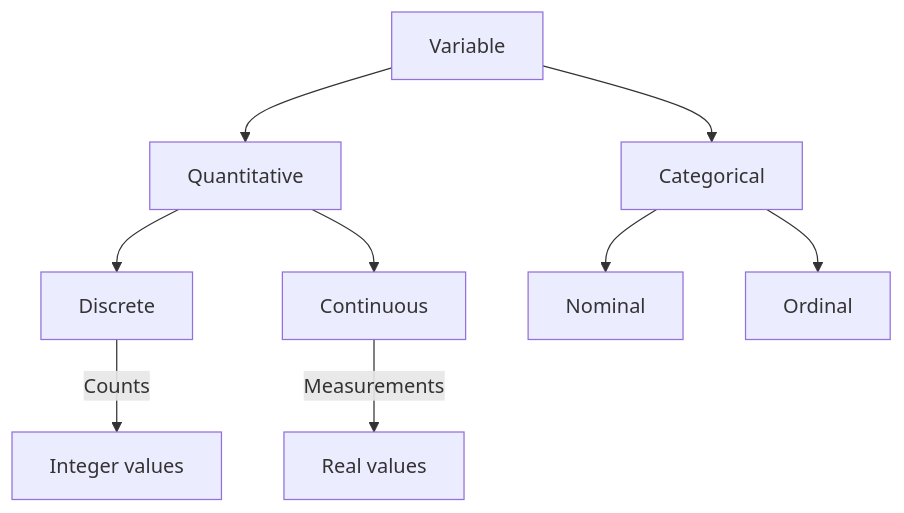
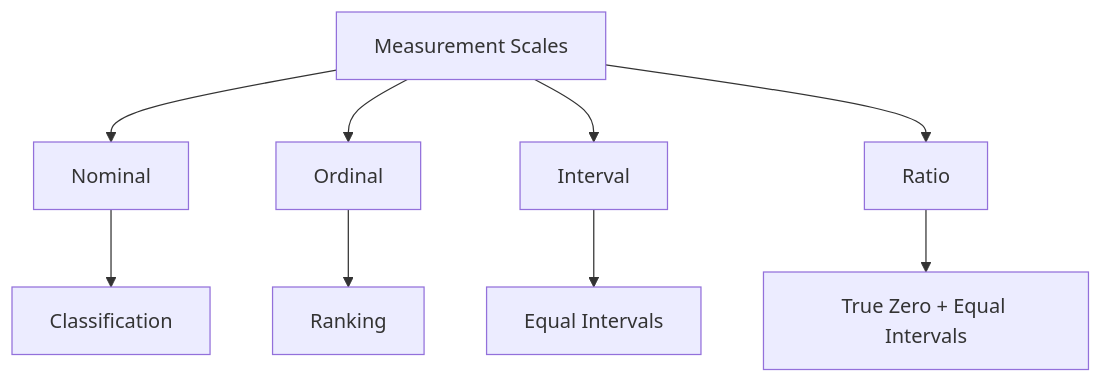
Before and after one commit to muhammadsalek/statistics-for-scientists: the sixth of 14 diagrams in 01-descriptive-statistics.md, drawn with Mermaid. The commit also changed other lines of this file, not shown here.

````diff
--- a/01-descriptive-statistics.md
+++ b/01-descriptive-statistics.md
@@ -332,14 +541,21 @@
 ```mermaid
 graph TD
-    V[Variable] --> Q[Quantitative]
-    V --> C[Categorical]
-    
-    Q --> D[Discrete]
-    Q --> N[Continuous]
-    
-    C --> N1[Nominal]
-    C --> O[Ordinal]
-    
-    D --> |Counts| I[Integer values]
-    N --> |Measurements| R[Real values]
+
+A[Measurement Scales]
+
+A --> B[Nominal]
+
+A --> C[Ordinal]
+
+A --> D[Interval]
+
+A --> E[Ratio]
+
+B --> B1[Classification]
+
+C --> C1[Ranking]
+
+D --> D1[Equal Intervals]
+
+E --> E1[True Zero + Equal Intervals]
 ```
````
